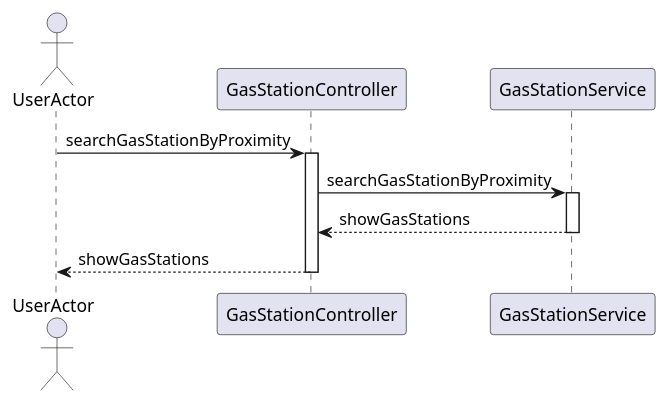
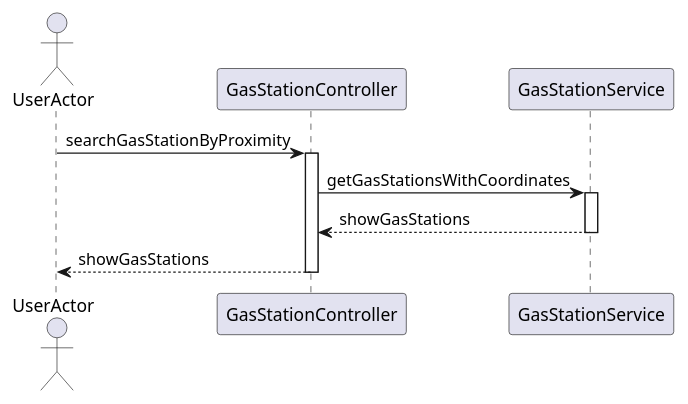
One commit to giovannitangredi/SEIProject changed the sixth of 7 diagrams in docs/DesignDocument.md. Above: the diagram before and after it, drawn with PlantUML. The commit also changed other lines of this file, not shown here.

Commit message:
docs: improved consistency in sequence diagram

````diff
--- a/docs/DesignDocument.md
+++ b/docs/DesignDocument.md
@@ -516,17 +512,17 @@
 ```plantuml
 @startuml
 actor UserActor
     UserActor -> GasStationController: searchGasStationByProximity
     activate GasStationController
 
-    GasStationController -> GasStationService: searchGasStationByProximity
+    GasStationController -> GasStationService: getGasStationsWithCoordinates
     activate GasStationService
 
     GasStationService --> GasStationController: showGasStations
     deactivate GasStationService
 
     GasStationController --> UserActor: showGasStations
     deactivate GasStationController
 @enduml
 
 ```
````
